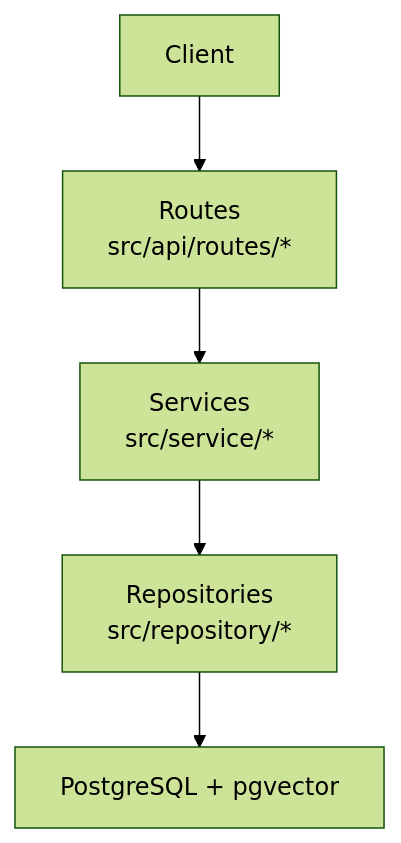
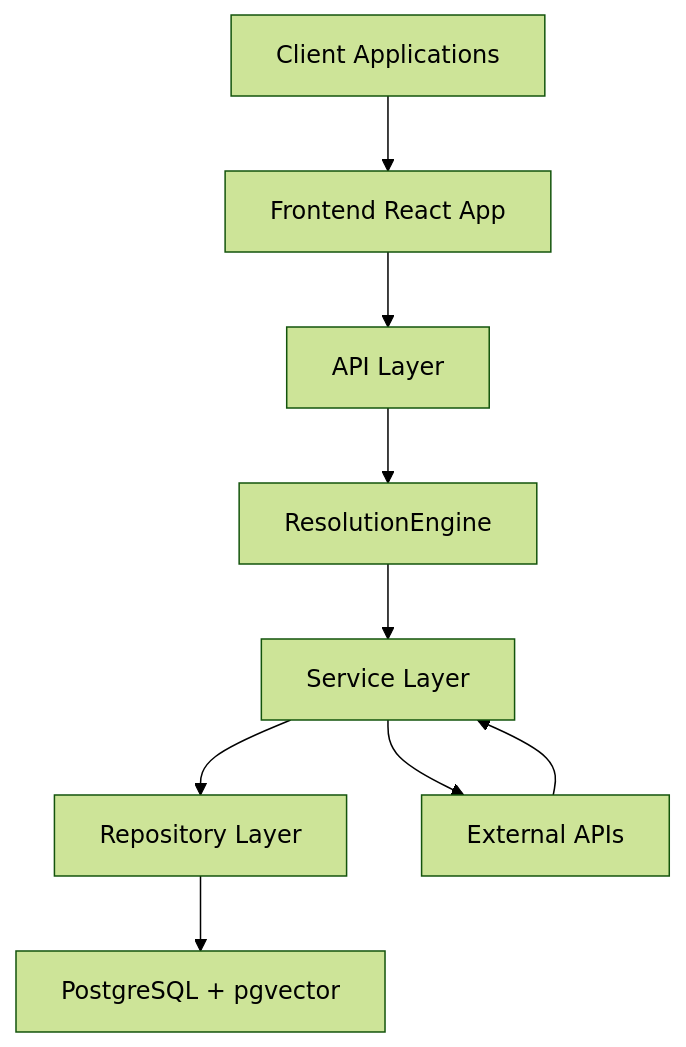
One commit to vishnusaibhosekar/ares changed the ninth of 9 diagrams in .qoder/repowiki/en/content/Architecture Overview.md. Above: the diagram before and after it, drawn with Mermaid (forest theme). The commit also changed other lines of this file and 21 other files, not shown here.

````diff
--- a/.qoder/repowiki/en/content/Architecture Overview.md
+++ b/.qoder/repowiki/en/content/Architecture Overview.md
@@ -374,12 +643,19 @@
 ```mermaid
 graph TB
-Client["Client"]
-Routes["Routes<br/>src/api/routes/*"]
-Services["Services<br/>src/service/*"]
-Repos["Repositories<br/>src/repository/*"]
-DB["PostgreSQL + pgvector"]
-Client --> Routes
-Routes --> Services
-Services --> Repos
-Repos --> DB
+Client["Client Applications"]
+Frontend["Frontend React App"]
+API["API Layer"]
+Engine["ResolutionEngine"]
+Services["Service Layer"]
+Repositories["Repository Layer"]
+Database["PostgreSQL + pgvector"]
+External["External APIs"]
+Client --> Frontend
+Frontend --> API
+API --> Engine
+Engine --> Services
+Services --> Repositories
+Repositories --> Database
+Services --> External
+External --> Services
 ```
````
